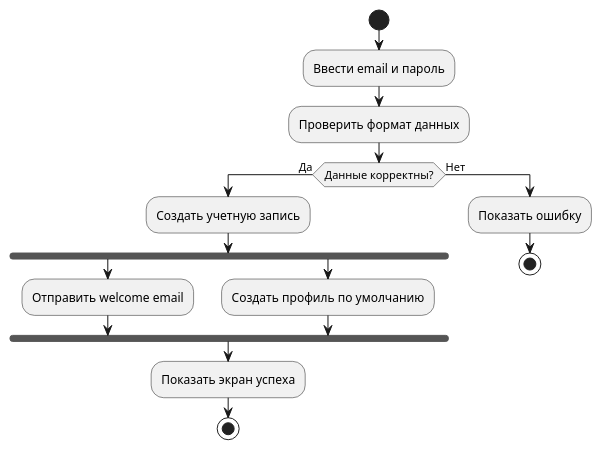
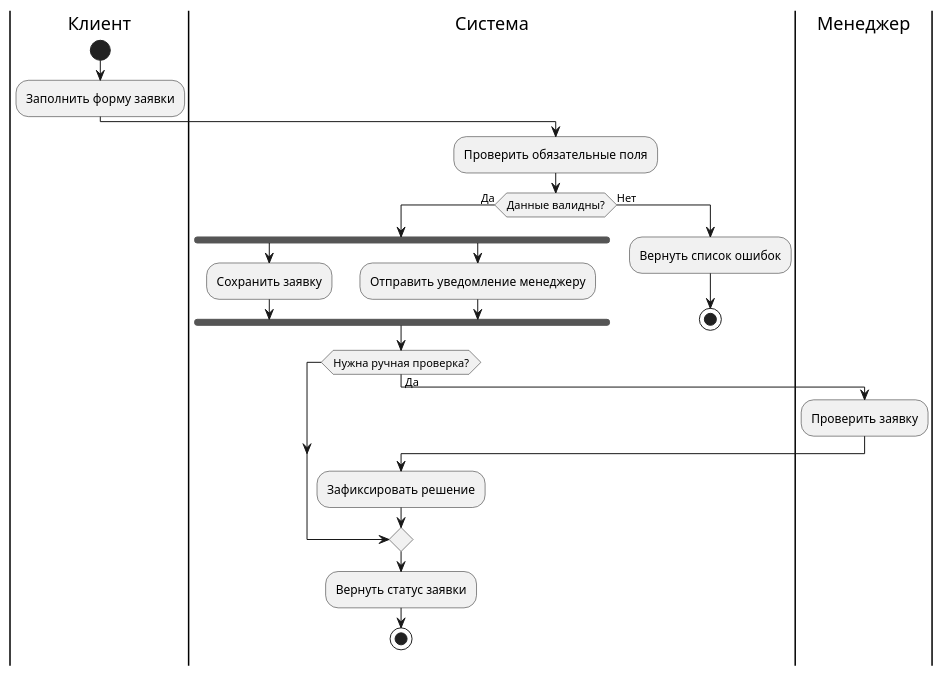
One commit to iwizy/analyst_kb changed the diagram in docs/notations/uml/activity.md. Above: the diagram before and after it, drawn with PlantUML. The commit also changed other lines of this file and 20 other files, not shown here.

````diff
--- a/docs/notations/uml/activity.md
+++ b/docs/notations/uml/activity.md
@@ -17,20 +30,27 @@
 ```kroki-plantuml
 @startuml
+|Клиент|
 start
-:Ввести email и пароль;
-:Проверить формат данных;
-if (Данные корректны?) then (Да)
-  :Создать учетную запись;
+:Заполнить форму заявки;
+|Система|
+:Проверить обязательные поля;
+if (Данные валидны?) then (Да)
   fork
-    :Отправить welcome email;
+    :Сохранить заявку;
   fork again
-    :Создать профиль по умолчанию;
+    :Отправить уведомление менеджеру;
   end fork
-  :Показать экран успеха;
+  if (Нужна ручная проверка?) then (Да)
+    |Менеджер|
+    :Проверить заявку;
+    |Система|
+    :Зафиксировать решение;
+  endif
+  :Вернуть статус заявки;
   stop
 else (Нет)
-  :Показать ошибку;
+  :Вернуть список ошибок;
   stop
 endif
 @enduml
 ```
````
